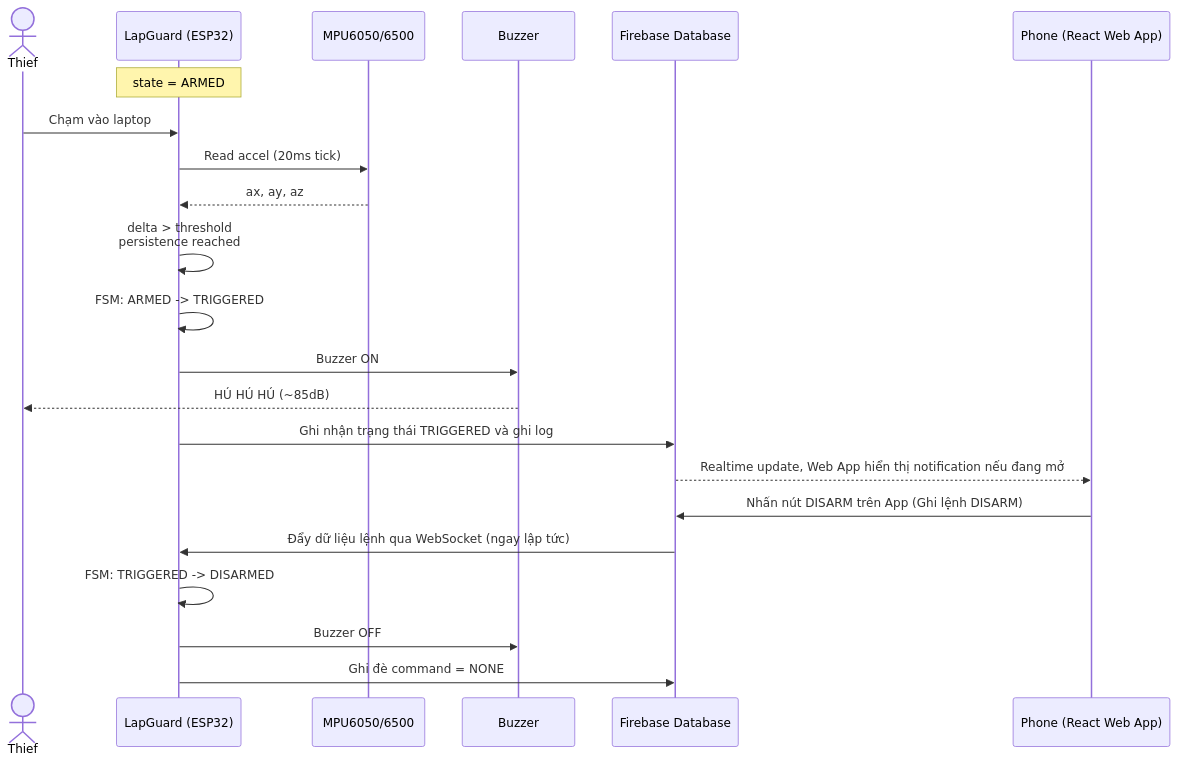
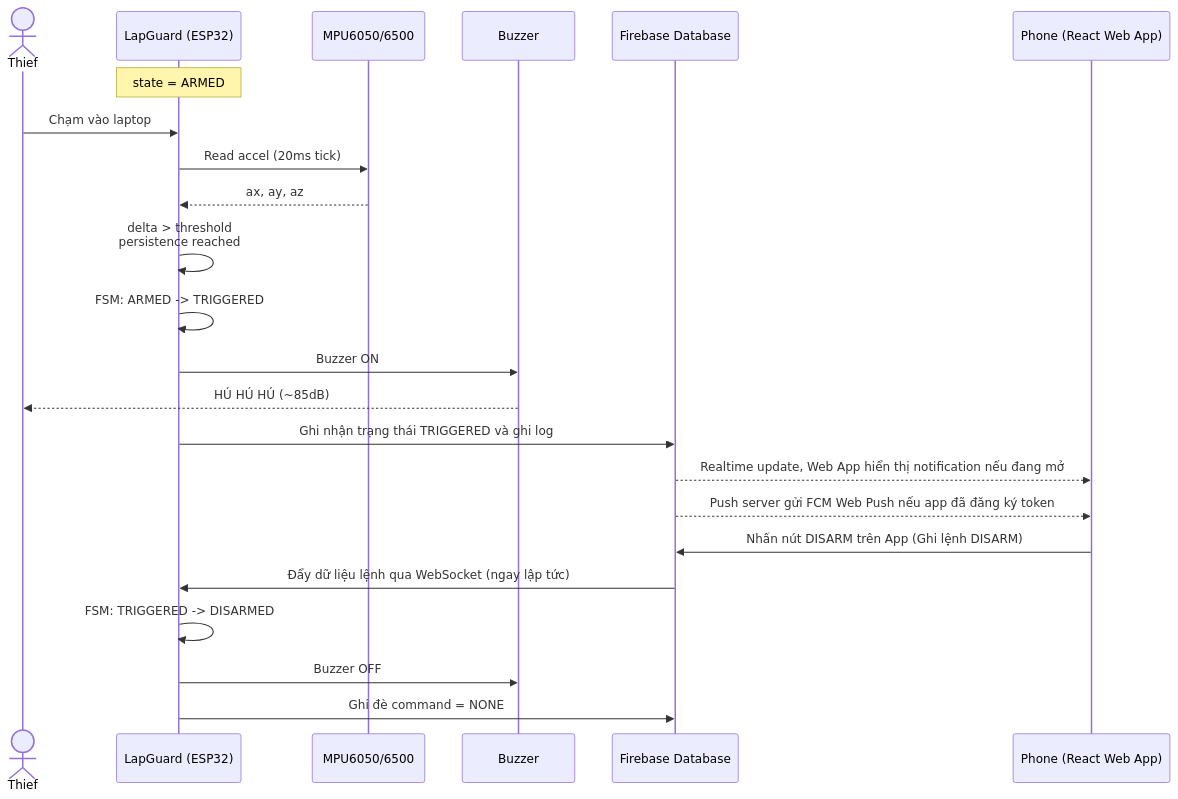
Before and after one commit to NHP234/AIoT: the fourth of 5 diagrams in docs/03-system-architecture.md, drawn with Mermaid. The commit also changed other lines of this file, not shown here.

Commit message:
update system architecture

````diff
--- a/docs/03-system-architecture.md
+++ b/docs/03-system-architecture.md
@@ -291,25 +337,26 @@
 ```mermaid
 sequenceDiagram
     actor T as Thief
     participant L as LapGuard (ESP32)
     participant S as MPU6050/6500
     participant B as Buzzer
     participant FB as Firebase Database
     participant P as Phone (React Web App)
 
     Note over L: state = ARMED
     T->>L: Chạm vào laptop
     L->>S: Read accel (20ms tick)
     S-->>L: ax, ay, az
     L->>L: delta > threshold<br/>persistence reached
     L->>L: FSM: ARMED -> TRIGGERED
     L->>B: Buzzer ON
     B-->>T: HÚ HÚ HÚ (~85dB)
     L->>FB: Ghi nhận trạng thái TRIGGERED và ghi log
     FB-->>P: Realtime update, Web App hiển thị notification nếu đang mở
+    FB-->>P: Push server gửi FCM Web Push nếu app đã đăng ký token
     P->>FB: Nhấn nút DISARM trên App (Ghi lệnh DISARM)
     FB->>L: Đẩy dữ liệu lệnh qua WebSocket (ngay lập tức)
     L->>L: FSM: TRIGGERED -> DISARMED
     L->>B: Buzzer OFF
     L->>FB: Ghi đè command = NONE
 ```
````
